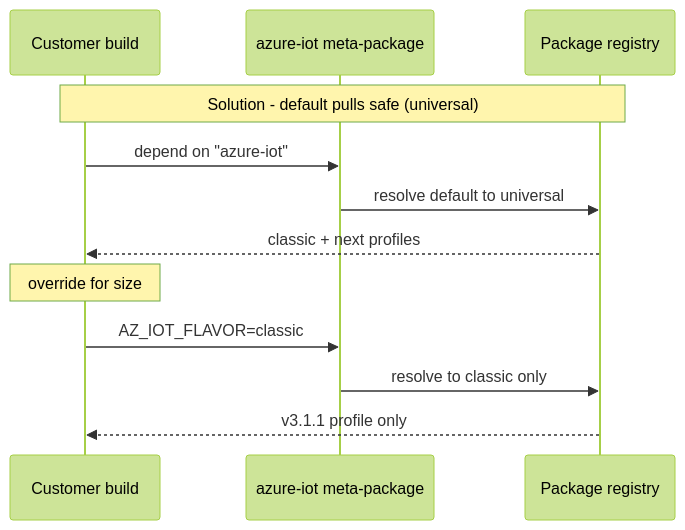
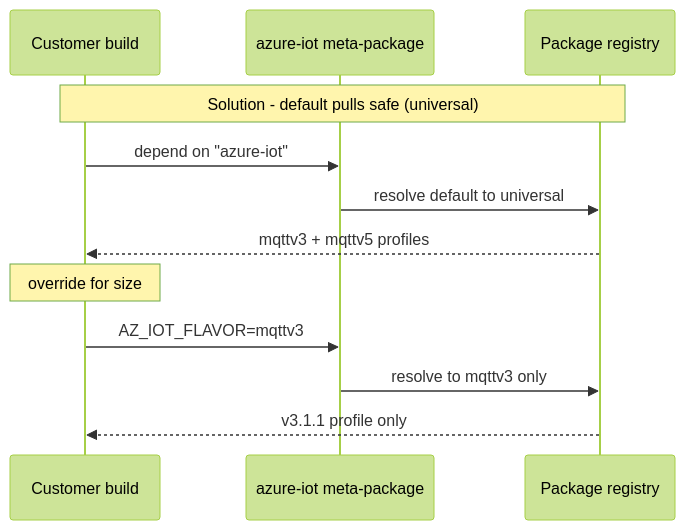
One commit to Azure/azure-iot-sdk changed the tenth of 20 diagrams in c/docs/eng/split-client.md. Above: the diagram before and after it, drawn with Mermaid (forest theme). The commit also changed other lines of this file and 99 other files, not shown here.

First line of the commit message:
[C] Rename Classic/Next/AEG to MQTTv3/MQTTv5 (#274)

````diff
--- a/c/docs/eng/split-client.md
+++ b/c/docs/eng/split-client.md
@@ -368,15 +368,15 @@
 ```mermaid
 sequenceDiagram
     participant Cust as Customer build
     participant Pkg as azure-iot meta-package
     participant Reg as Package registry
 
     Note over Cust,Reg: Solution - default pulls safe (universal)
     Cust->>Pkg: depend on "azure-iot"
     Pkg->>Reg: resolve default to universal
-    Reg-->>Cust: classic + next profiles
+    Reg-->>Cust: mqttv3 + mqttv5 profiles
     Note over Cust: override for size
-    Cust->>Pkg: AZ_IOT_FLAVOR=classic
-    Pkg->>Reg: resolve to classic only
+    Cust->>Pkg: AZ_IOT_FLAVOR=mqttv3
+    Pkg->>Reg: resolve to mqttv3 only
     Reg-->>Cust: v3.1.1 profile only
 ```
````
